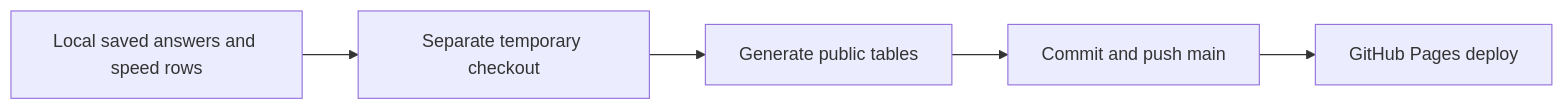
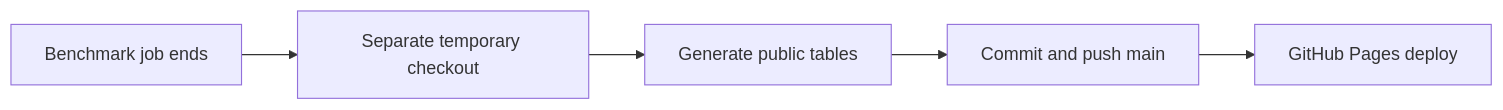
The diagram in docs/16-results-publishing.md (KakkoiDev/colibri-poc), drawn with Mermaid before and after one commit. The commit also changed other lines of this file and 2 other files, not shown here.

Commit message:
Publish results only when benchmark jobs finish

````diff
--- a/docs/16-results-publishing.md
+++ b/docs/16-results-publishing.md
@@ -9,7 +14,7 @@
 ```mermaid
 flowchart LR
-    A[Local saved answers and speed rows] --> B[Separate temporary checkout]
+    A[Benchmark job ends] --> B[Separate temporary checkout]
     B --> C[Generate public tables]
     C --> D[Commit and push main]
     D --> E[GitHub Pages deploy]
 ```
````
